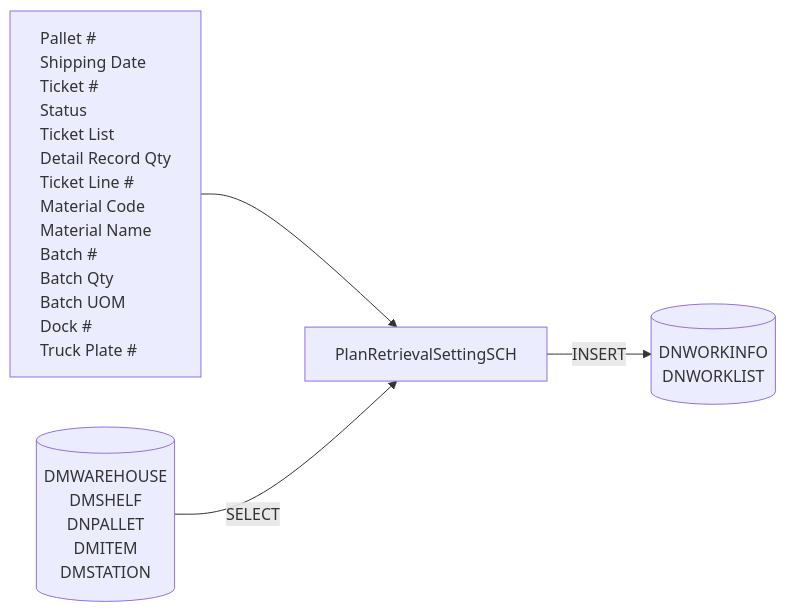
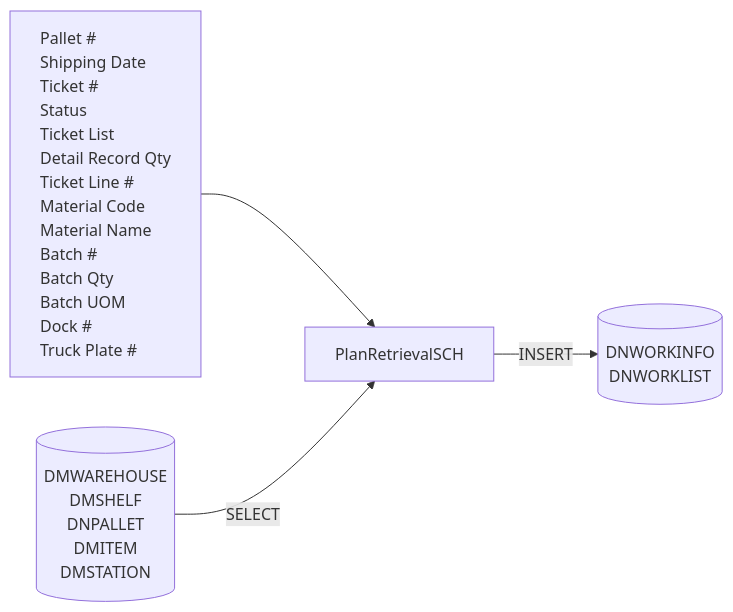
The third of 11 diagrams in Basic-Design/DFD-WMS/Retrieval/Planned-Retrieval-to-HP-Area.md (luthfiadityaa/SimeDarby-Wiki), drawn with Mermaid before and after one commit.

Commit message:
Updated Planned Retrieval to HP Area

```diff
--- a/Basic-Design/DFD-WMS/Retrieval/Planned-Retrieval-to-HP-Area.md
+++ b/Basic-Design/DFD-WMS/Retrieval/Planned-Retrieval-to-HP-Area.md
@@ -116,40 +116,40 @@
 ::: mermaid
 flowchart LR
     input[
         Pallet #
         Shipping Date
         Ticket #
         Status
         Ticket List
         Detail Record Qty
         Ticket Line #
         Material Code
         Material Name
         Batch #
         Batch Qty
         Batch UOM
         Dock #
         Truck Plate #    
     ]
 
     tableList-insert[("
         DNWORKINFO
         DNWORKLIST
     ")]
 
      tableList-select[("
         DMWAREHOUSE
         DMSHELF
         DNPALLET
         DMITEM
         DMSTATION
     ")]
 
-    className[PlanRetrievalSettingSCH]
+    className[PlanRetrievalSCH]
 
     input --> className --> |INSERT| tableList-insert
     tableList-select --> |SELECT| className
 
     classDef leftAlign text-align:left;
     class input leftAlign;
 :::
```
